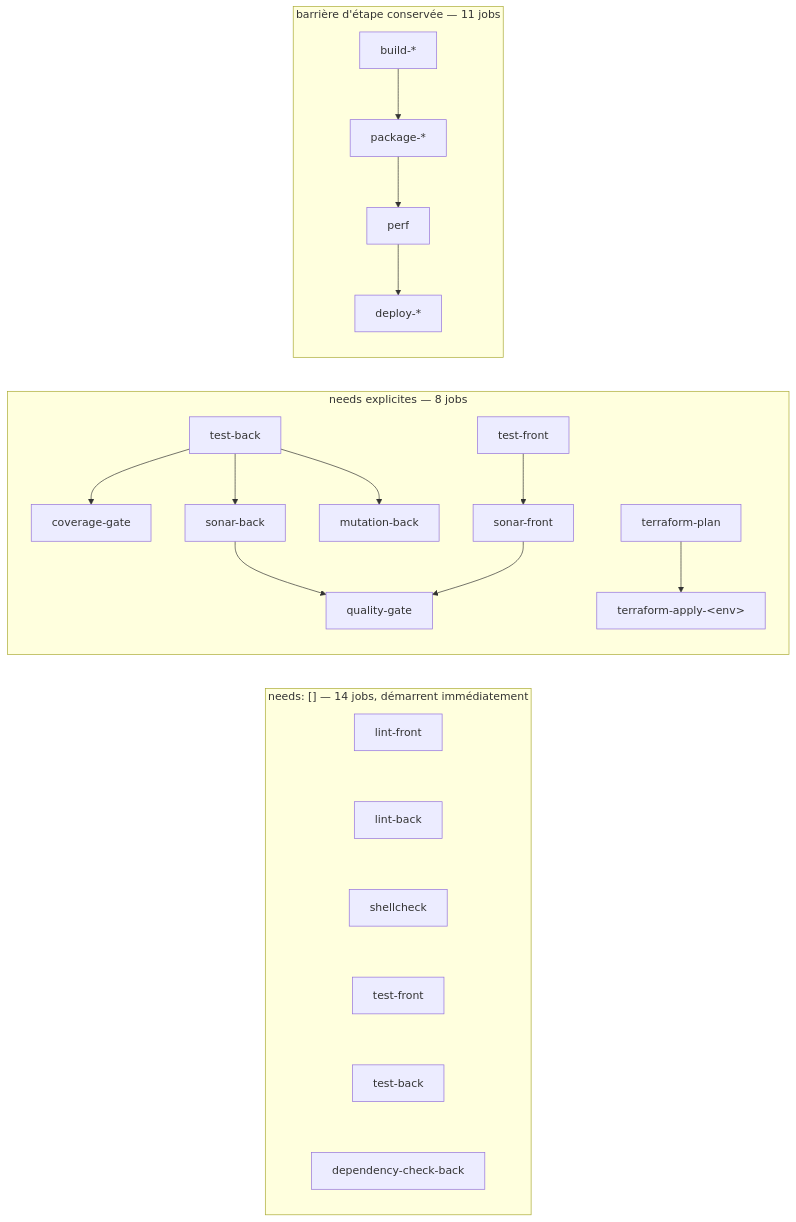
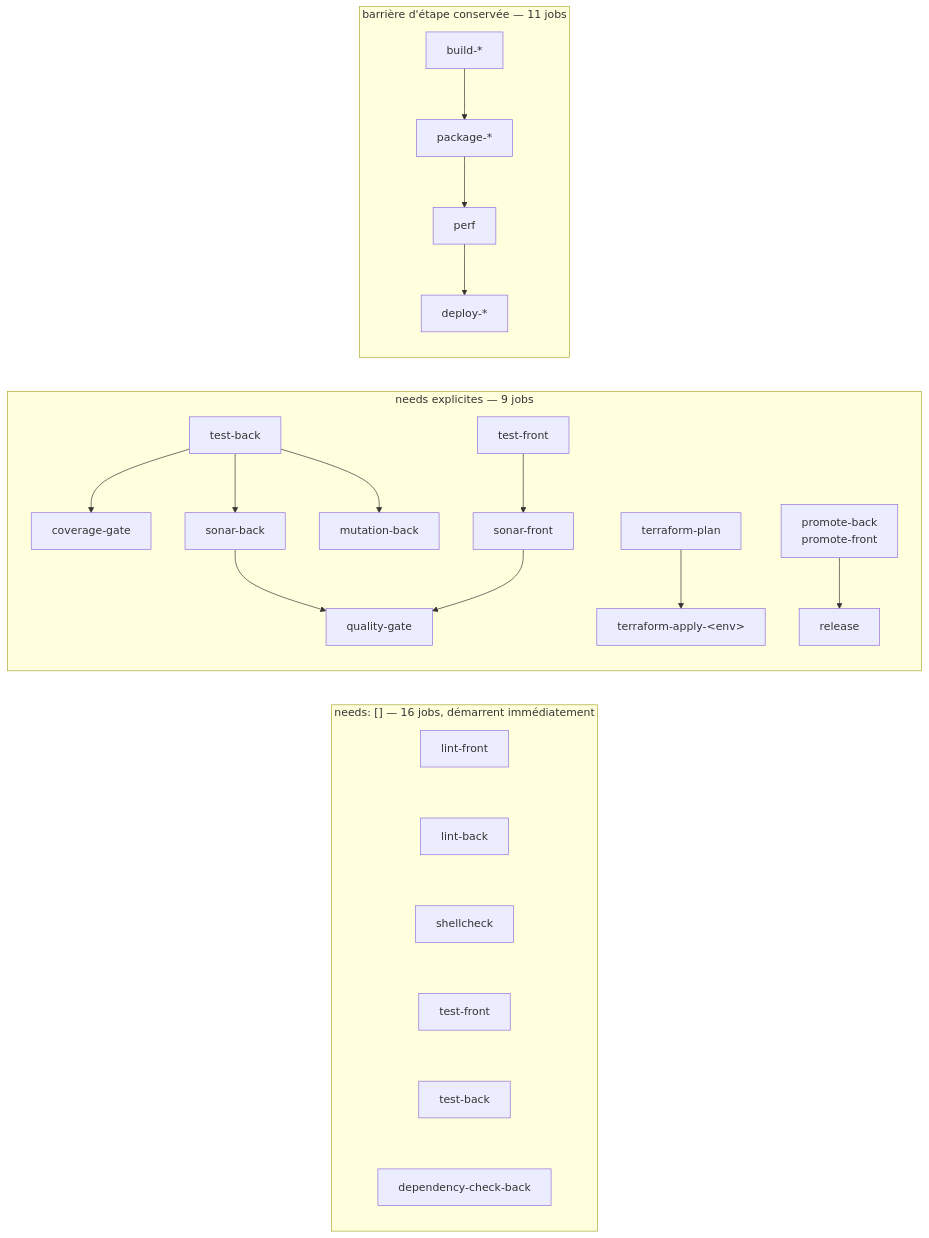
The second of 3 diagrams in docs/pipeline-ci.md (TedPasquiet/G-rez-le-cycle-de-vie-de-d-veloppement-logiciel), drawn with Mermaid before and after one commit. The commit also changed other lines of this file and 33 other files, not shown here.

````diff
--- a/docs/pipeline-ci.md
+++ b/docs/pipeline-ci.md
@@ -78,18 +94,19 @@
 ```mermaid
 flowchart LR
-    subgraph A["needs: [] — 14 jobs, démarrent immédiatement"]
+    subgraph A["needs: [] — 16 jobs, démarrent immédiatement"]
         a1["lint-front"] ~~~ a2["lint-back"] ~~~ a3["shellcheck"] ~~~ a4["test-front"] ~~~ a5["test-back"] ~~~ a6["dependency-check-back"]
     end
-    subgraph B["needs explicites — 8 jobs"]
+    subgraph B["needs explicites — 9 jobs"]
         tb["test-back"] --> cg["coverage-gate"]
         tb --> sb["sonar-back"]
         tb --> mb["mutation-back"]
         tf["test-front"] --> sf["sonar-front"]
         sb --> qg["quality-gate"]
         sf --> qg
         tpl["terraform-plan"] --> tap["terraform-apply-&lt;env&gt;"]
+        pro["promote-back<br/>promote-front"] --> rel["release"]
     end
     subgraph C["barrière d'étape conservée — 11 jobs"]
         bu["build-*"] --> pk["package-*"] --> pf["perf"] --> dp["deploy-*"]
     end
 ```
````
